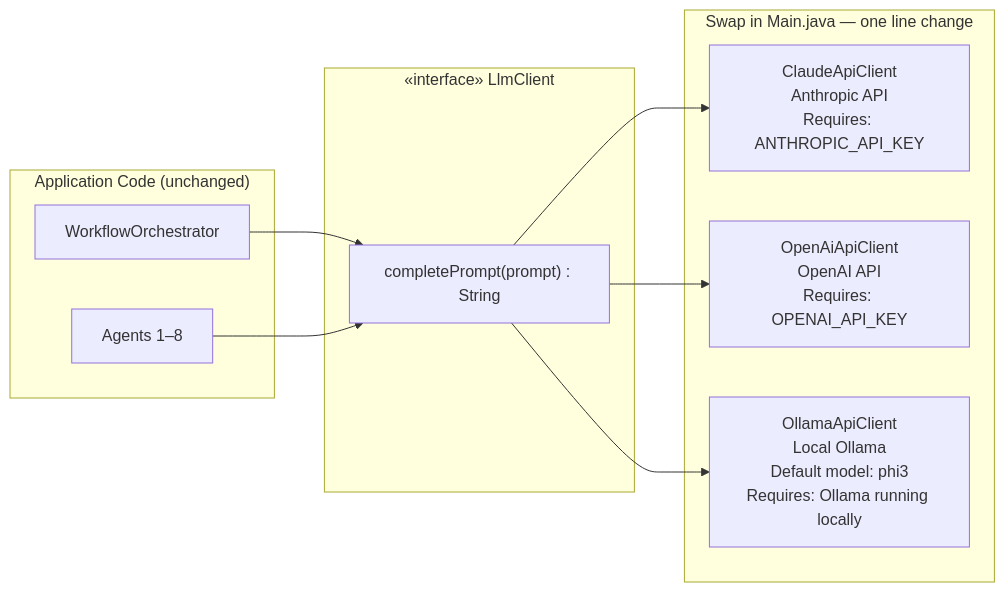
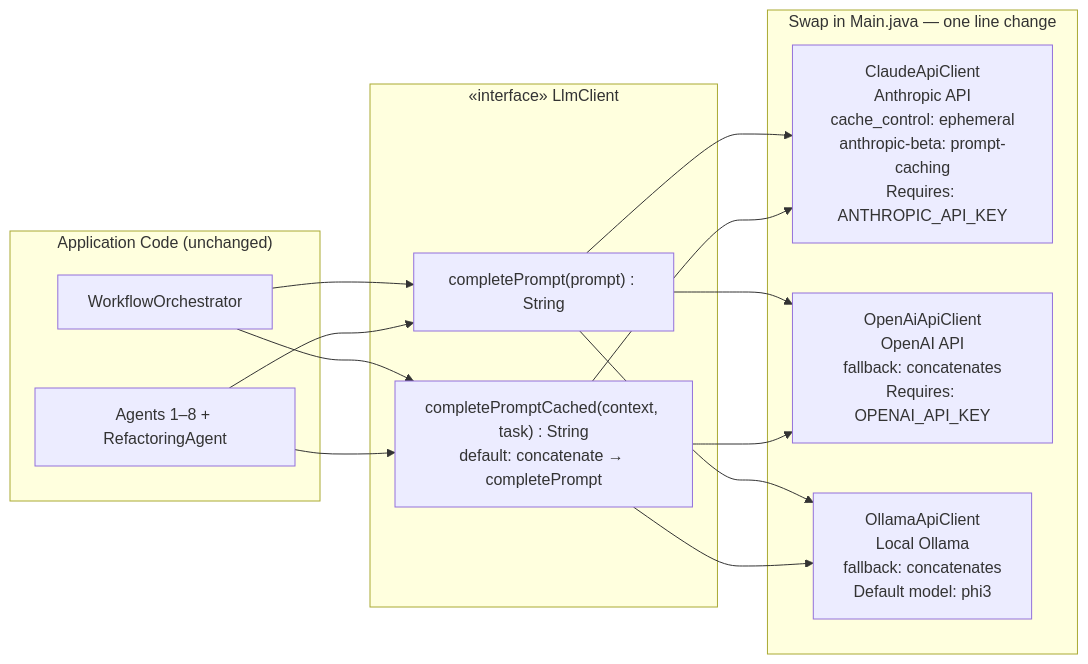
One commit to JAVA-MSDT/Epam-POC changed the sixth of 10 diagrams in AI Agents/setup/ARCHITECTURE.md. Above: the diagram before and after it, drawn with Mermaid. The commit also changed other lines of this file and 2 other files, not shown here.

````diff
--- a/AI Agents/setup/ARCHITECTURE.md
+++ b/AI Agents/setup/ARCHITECTURE.md
@@ -300,23 +342,29 @@
 ```mermaid
 flowchart LR
     subgraph App["Application Code (unchanged)"]
         Orch["WorkflowOrchestrator"]
-        Agents["Agents 1–8"]
+        Agents["Agents 1–8 + RefactoringAgent"]
     end
 
     subgraph Interface["«interface» LlmClient"]
         CP["completePrompt(prompt) : String"]
+        CPC["completePromptCached(context, task) : String\ndefault: concatenate → completePrompt"]
     end
 
     subgraph Providers["Swap in Main.java — one line change"]
-        Claude["ClaudeApiClient\nAnthropic API\nRequires: ANTHROPIC_API_KEY"]
-        OpenAI["OpenAiApiClient\nOpenAI API\nRequires: OPENAI_API_KEY"]
-        Ollama["OllamaApiClient\nLocal Ollama\nDefault model: phi3\nRequires: Ollama running locally"]
+        Claude["ClaudeApiClient\nAnthropic API\ncache_control: ephemeral\nanthropic-beta: prompt-caching\nRequires: ANTHROPIC_API_KEY"]
+        OpenAI["OpenAiApiClient\nOpenAI API\nfallback: concatenates\nRequires: OPENAI_API_KEY"]
+        Ollama["OllamaApiClient\nLocal Ollama\nfallback: concatenates\nDefault model: phi3"]
     end
 
     Orch --> CP
+    Orch --> CPC
     Agents --> CP
+    Agents --> CPC
     CP --> Claude
     CP --> OpenAI
     CP --> Ollama
+    CPC --> Claude
+    CPC --> OpenAI
+    CPC --> Ollama
 ```
````
